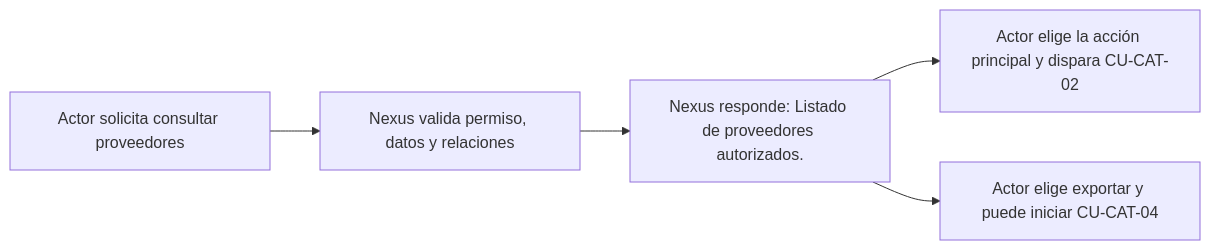
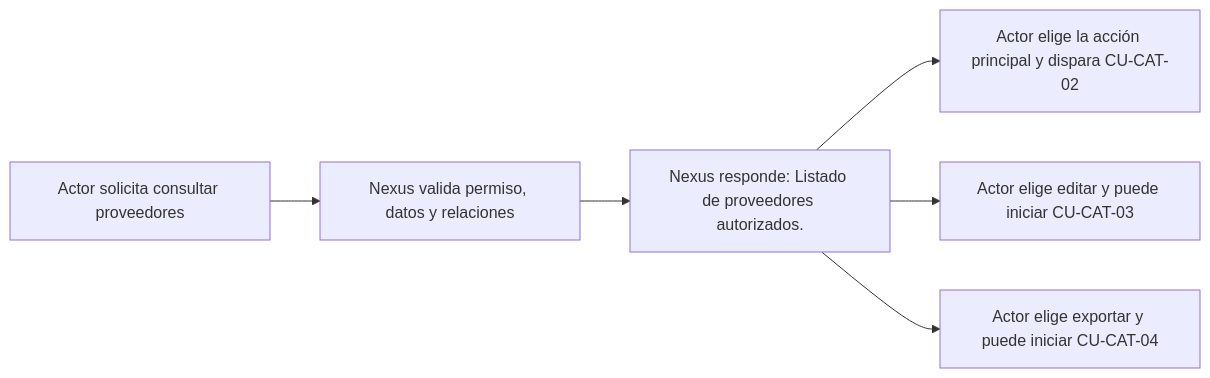
One commit to gpgsistemas01/nexus changed the diagram in docs/requirements/diagrams/catalogs/cu-cat-01.md. Above: the diagram before and after it, drawn with Mermaid. The commit also changed 473 other files, not shown here.

````diff
--- a/docs/requirements/diagrams/catalogs/cu-cat-01.md
+++ b/docs/requirements/diagrams/catalogs/cu-cat-01.md
@@ -3,7 +3,9 @@
 ```mermaid
 flowchart LR
+    accTitle: CU-CAT-01 — Consultar proveedores
     request["Actor solicita consultar proveedores"] --> validate["Nexus valida permiso, datos y relaciones"]
     validate --> result["Nexus responde: Listado de proveedores autorizados."]
     result --> primary["Actor elige la acción principal y dispara CU-CAT-02"]
+    result --> edit["Actor elige editar y puede iniciar CU-CAT-03"]
     result --> report["Actor elige exportar y puede iniciar CU-CAT-04"]
 ```
````
